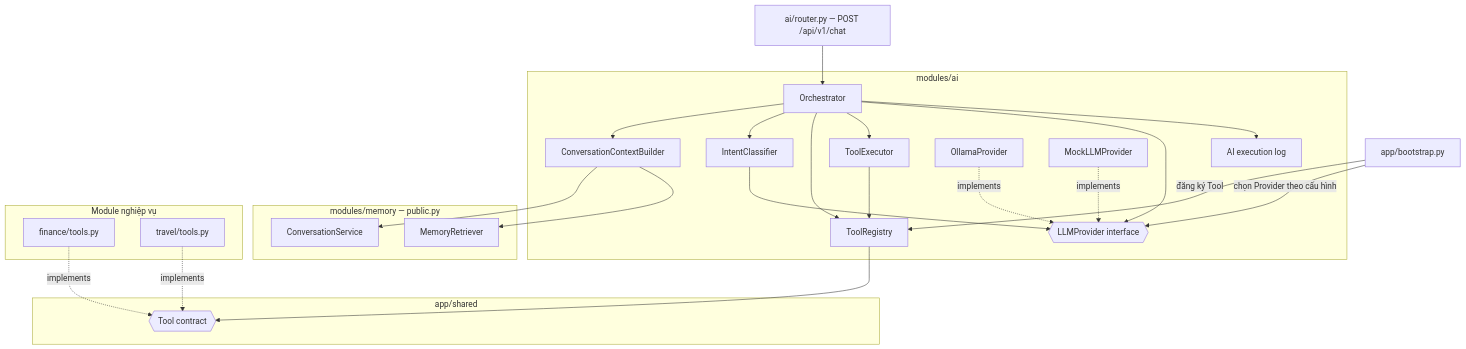
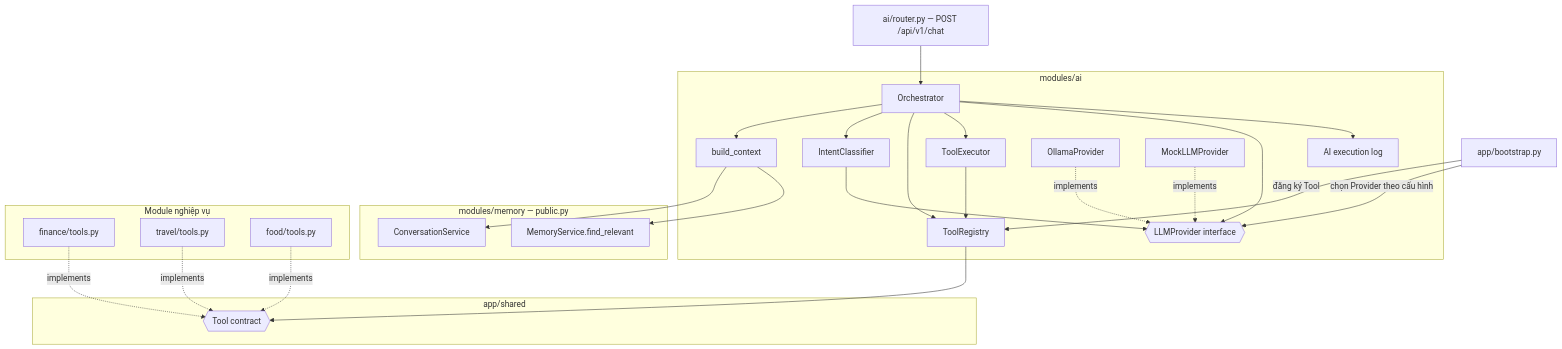
One commit to Absinthe-Gin/A.T.L.A.S changed the first of 4 diagrams in docs/architecture/ai-architecture.md. Above: the diagram before and after it, drawn with Mermaid. The commit also changed other lines of this file and 5 other files, not shown here.

````diff
--- a/docs/architecture/ai-architecture.md
+++ b/docs/architecture/ai-architecture.md
@@ -17,48 +17,50 @@
 ```mermaid
 flowchart TD
     Router[ai/router.py — POST /api/v1/chat] --> Orchestrator
 
     subgraph AICore[modules/ai]
         Orchestrator[Orchestrator]
-        Context[ConversationContextBuilder]
+        Context[build_context]
         Intent[IntentClassifier]
         Registry[ToolRegistry]
         Executor[ToolExecutor]
         ExecLog[AI execution log]
         ProviderPort{{LLMProvider interface}}
         Ollama[OllamaProvider]
         Mock[MockLLMProvider]
     end
 
     subgraph Shared[app/shared]
         ToolContract{{Tool contract}}
     end
 
     subgraph Memory[modules/memory — public.py]
         ConvStore[ConversationService]
-        MemRetriever[MemoryRetriever]
+        MemRetriever[MemoryService.find_relevant]
     end
 
     subgraph Business[Module nghiệp vụ]
         FinTools[finance/tools.py]
         TravelTools[travel/tools.py]
+        FoodTools[food/tools.py]
     end
 
     Orchestrator --> Context
     Orchestrator --> Intent
     Orchestrator --> Registry
     Orchestrator --> Executor
     Orchestrator --> ProviderPort
     Orchestrator --> ExecLog
     Context --> ConvStore
     Context --> MemRetriever
     Intent --> ProviderPort
     Executor --> Registry
     Registry --> ToolContract
     Ollama -. implements .-> ProviderPort
     Mock -. implements .-> ProviderPort
     FinTools -. implements .-> ToolContract
     TravelTools -. implements .-> ToolContract
+    FoodTools -. implements .-> ToolContract
     Bootstrap[app/bootstrap.py] -- đăng ký Tool --> Registry
     Bootstrap -- chọn Provider theo cấu hình --> ProviderPort
 ```
````
